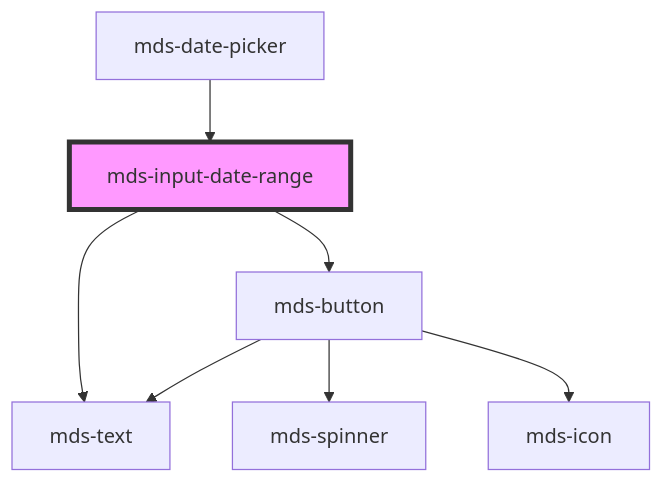
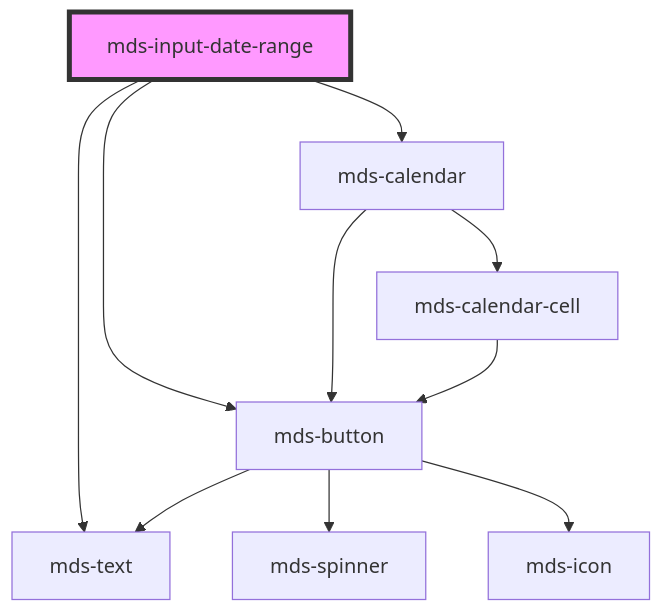
One commit to magma-design-system/magma changed the diagram in projects/stencil/src/components/mds-input-date-range/readme.md. Above: the diagram before and after it, drawn with Mermaid. The commit also changed other lines of this file and 72 other files, not shown here.

Commit message:
refact: remove mds-date-picker, move functionality to mds-input-date-range and mds-input-date

````diff
--- a/projects/stencil/src/components/mds-input-date-range/readme.md
+++ b/projects/stencil/src/components/mds-input-date-range/readme.md
@@ -35,10 +25,13 @@
 ```mermaid
 graph TD;
   mds-input-date-range --> mds-text
   mds-input-date-range --> mds-button
+  mds-input-date-range --> mds-calendar
   mds-button --> mds-spinner
   mds-button --> mds-icon
   mds-button --> mds-text
-  mds-date-picker --> mds-input-date-range
+  mds-calendar --> mds-button
+  mds-calendar --> mds-calendar-cell
+  mds-calendar-cell --> mds-button
   style mds-input-date-range fill:#f9f,stroke:#333,stroke-width:4px
 ```
````
